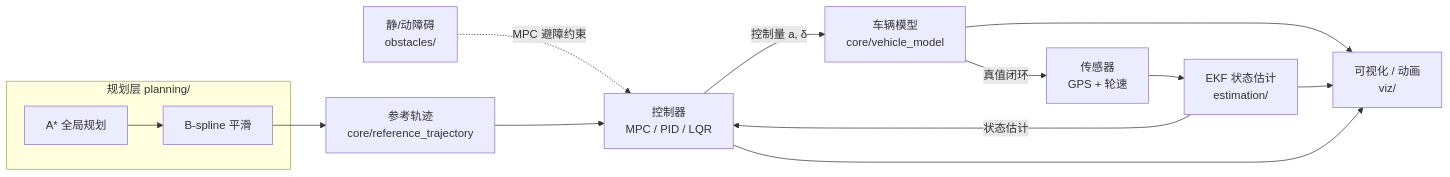
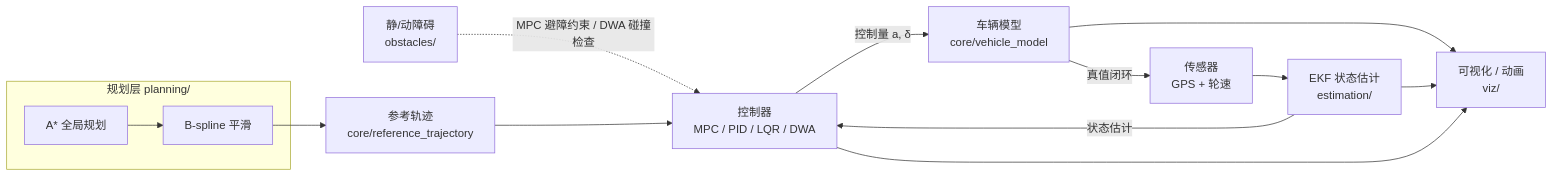
One commit to JL7024/MPC changed the diagram in README.md. Above: the diagram before and after it, drawn with Mermaid. The commit also changed other lines of this file and 1 other file, not shown here.

First line of the commit message:
docs: document DWA and fix stale README details

````diff
--- a/README.md
+++ b/README.md
@@ -33,16 +34,16 @@
 ```mermaid
 flowchart LR
     subgraph PLAN["规划层 planning/"]
         ASTAR["A* 全局规划"] --> SMOOTH["B-spline 平滑"]
     end
     SMOOTH --> REF["参考轨迹<br/>core/reference_trajectory"]
-    OBS["静/动障碍<br/>obstacles/"] -. MPC 避障约束 .-> CTRL
-    REF --> CTRL["控制器<br/>MPC / PID / LQR"]
+    OBS["静/动障碍<br/>obstacles/"] -. MPC 避障约束 / DWA 碰撞检查 .-> CTRL
+    REF --> CTRL["控制器<br/>MPC / PID / LQR / DWA"]
     SENS["传感器<br/>GPS + 轮速"] --> EKF["EKF 状态估计<br/>estimation/"]
     EKF -- 状态估计 --> CTRL
     CTRL -- 控制量 a, δ --> VEH["车辆模型<br/>core/vehicle_model"]
     VEH -- 真值闭环 --> SENS
     VEH --> VIZ["可视化 / 动画<br/>viz/"]
     EKF --> VIZ
     CTRL --> VIZ
 ```
````
